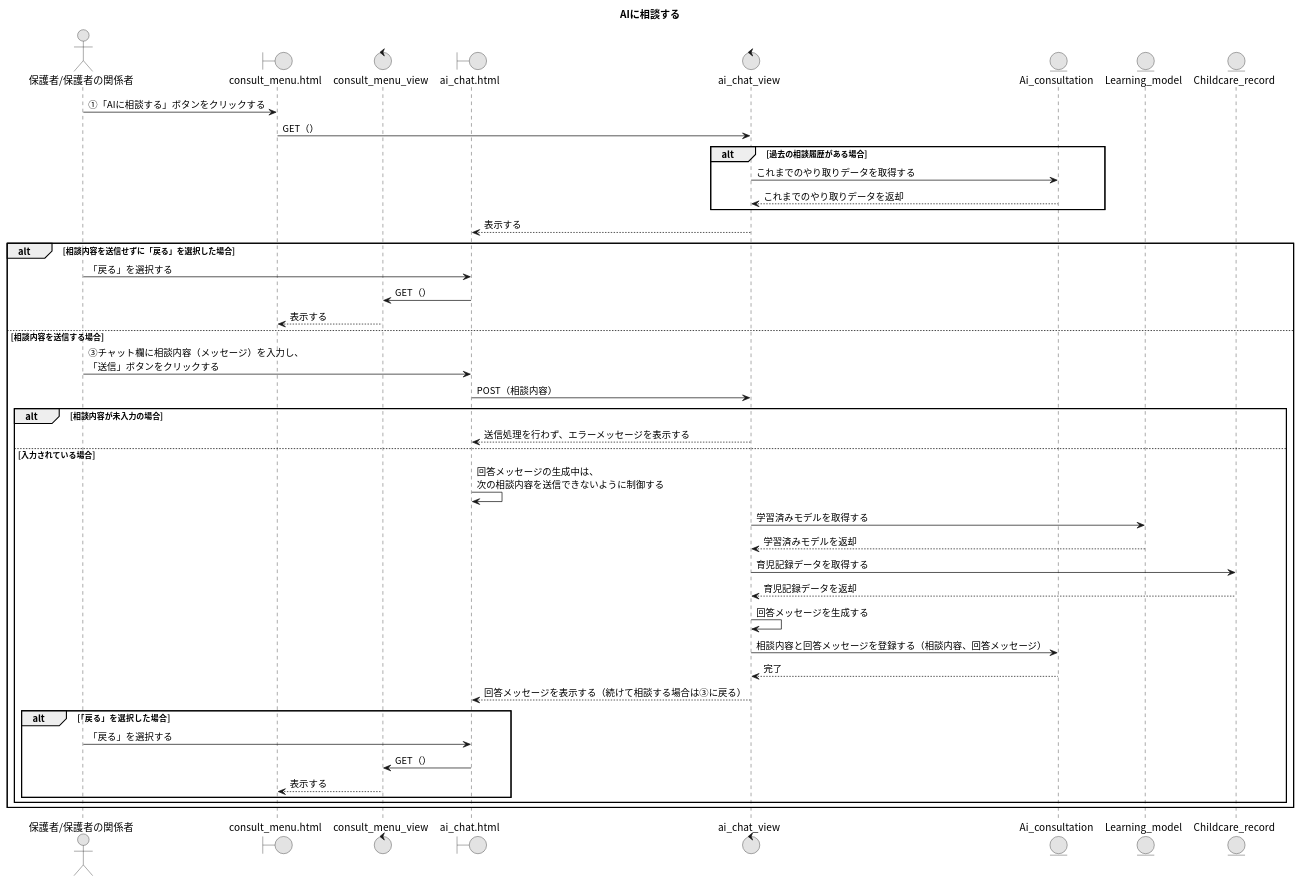
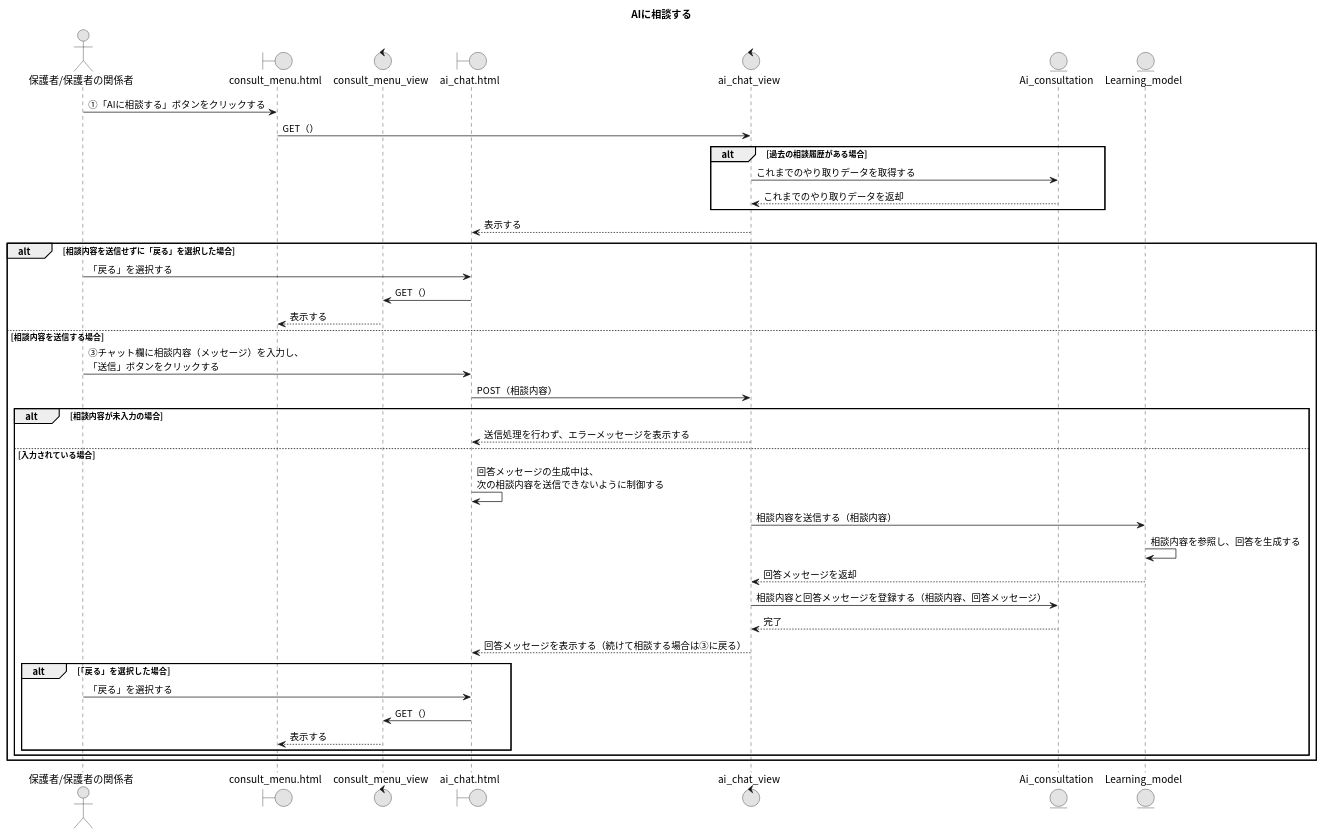
Before and after one commit to Ma2naga190330/26_sotugyou_puml: the diagram in 09_AIに相談する.puml, drawn with PlantUML. The commit also changed 5 other files, not shown here.

```diff
--- a/09_AIに相談する.puml
+++ b/09_AIに相談する.puml
@@ -1,49 +1,46 @@
 @startuml
 title AIに相談する
 skinparam defaultFontName "Noto Sans CJK JP"
 skinparam monochrome true
 
 actor "保護者/保護者の関係者" as A
 boundary "consult_menu.html" as CMP
 control "consult_menu_view" as CMV
 boundary "ai_chat.html" as ACP
 control "ai_chat_view" as ACV
 entity "Ai_consultation" as ACSM
 entity "Learning_model" as LMM
-entity "Childcare_record" as CRM
 
 A -> CMP : ①「AIに相談する」ボタンをクリックする
 CMP -> ACV : GET（）
 alt 過去の相談履歴がある場合
   ACV -> ACSM : これまでのやり取りデータを取得する
   ACV <-- ACSM : これまでのやり取りデータを返却
 end
 ACV --> ACP : 表示する
 
 alt 相談内容を送信せずに「戻る」を選択した場合
   A -> ACP : 「戻る」を選択する
   ACP -> CMV : GET（）
   CMV --> CMP : 表示する
 else 相談内容を送信する場合
   A -> ACP : ③チャット欄に相談内容（メッセージ）を入力し、\n「送信」ボタンをクリックする
   ACP -> ACV : POST（相談内容）
   alt 相談内容が未入力の場合
     ACV --> ACP : 送信処理を行わず、エラーメッセージを表示する
   else 入力されている場合
     ACP -> ACP : 回答メッセージの生成中は、\n次の相談内容を送信できないように制御する
-    ACV -> LMM : 学習済みモデルを取得する
-    ACV <-- LMM : 学習済みモデルを返却
-    ACV -> CRM : 育児記録データを取得する
-    ACV <-- CRM : 育児記録データを返却
-    ACV -> ACV : 回答メッセージを生成する
+    ACV -> LMM : 相談内容を送信する（相談内容）
+    LMM -> LMM : 相談内容を参照し、回答を生成する
+    ACV <-- LMM : 回答メッセージを返却
     ACV -> ACSM : 相談内容と回答メッセージを登録する（相談内容、回答メッセージ）
     ACV <-- ACSM : 完了
     ACV --> ACP : 回答メッセージを表示する（続けて相談する場合は③に戻る）
     alt 「戻る」を選択した場合
       A -> ACP : 「戻る」を選択する
       ACP -> CMV : GET（）
       CMV --> CMP : 表示する
     end
   end
 end
 @enduml
```
